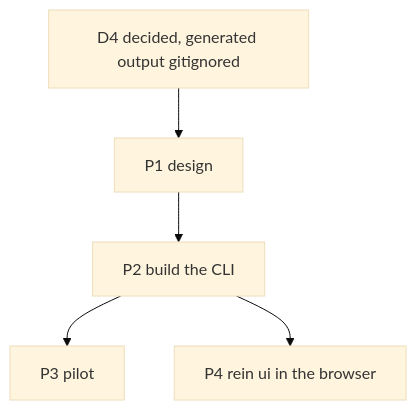
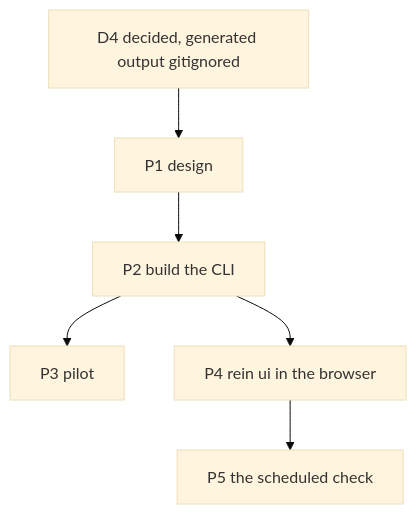
The first of 4 diagrams in docs/implementation_plans/2026-10-11_harness-distribution-tool.md (Danidani23/agents-rein), drawn with Mermaid (base theme) before and after one commit. The commit also changed other lines of this file and 2 other files, not shown here.

First line of the commit message:
docs: P4.2 done and the scheduled check planned, D47 to D49

````diff
--- a/docs/implementation_plans/2026-10-11_harness-distribution-tool.md
+++ b/docs/implementation_plans/2026-10-11_harness-distribution-tool.md
@@ -983,7 +1002,8 @@
 ```mermaid
 flowchart TD
   D4[D4 decided, generated output gitignored] --> P1[P1 design]
   P1 --> P2[P2 build the CLI]
   P2 --> P3[P3 pilot]
   P2 --> P4[P4 rein ui in the browser]
+  P4 --> P5[P5 the scheduled check]
 ```
````
